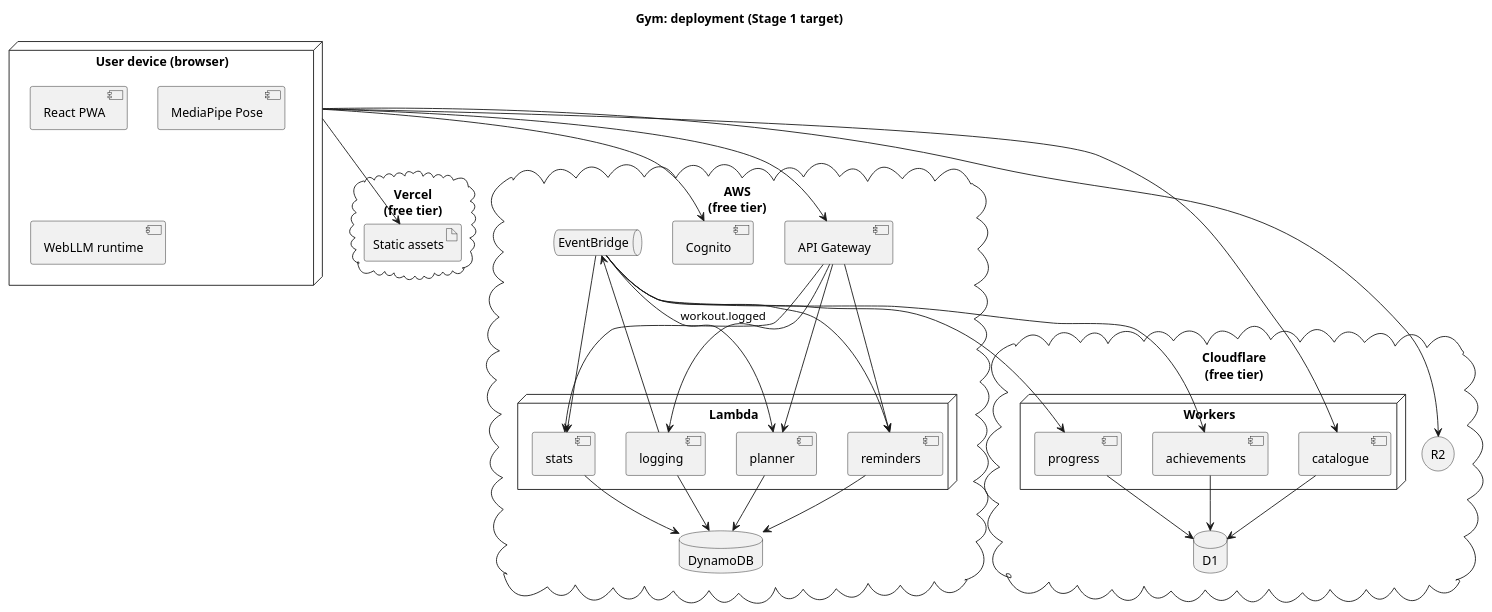
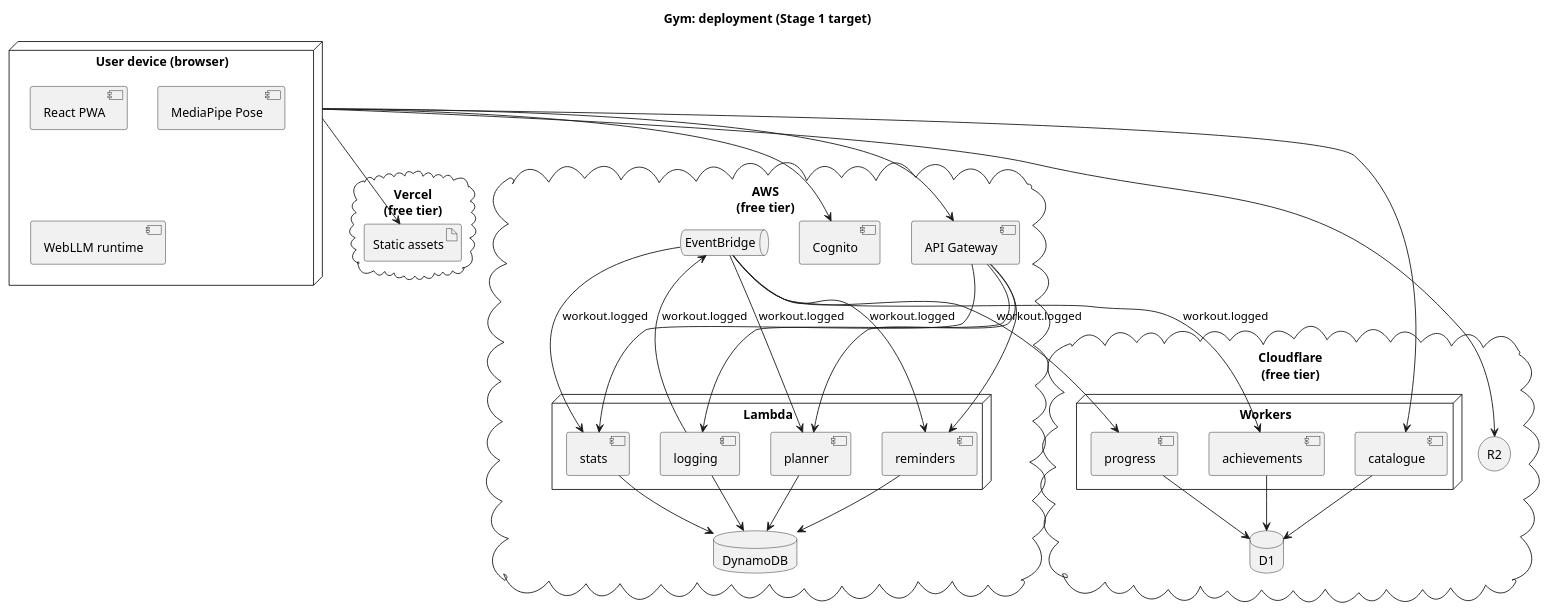
Before and after one commit to bobosiband/Gym: the diagram in docs/uml/system/deployment.puml, drawn with PlantUML. The commit also changed 1 other file, not shown here.

Commit message:
fix: align deployment diagram and catalogue readme with reality
docs/uml/system/deployment.puml: label every EventBridge fan-out arrow with the event name (workout.logged), so planner is drawn consistently with the other four consumers instead of being the only labelled one.

services/catalogue/README.md: the service orders results by name ascending (ORDER BY name ASC in D1ExerciseRepository.listExercises). The README claimed newest first. Match the README to the code.

```diff
--- a/docs/uml/system/deployment.puml
+++ b/docs/uml/system/deployment.puml
@@ -1,65 +1,65 @@
 @startuml system-deployment
 title Gym: deployment (Stage 1 target)
 
 skinparam shadowing false
 
 node "User device (browser)" as Device {
   component "React PWA" as PWA
   component "MediaPipe Pose" as Pose
   component "WebLLM runtime" as WebLLM
 }
 
 cloud "Vercel\n(free tier)" {
   artifact "Static assets" as Static
 }
 
 cloud "AWS\n(free tier)" {
   component "Cognito" as Cognito
   component "API Gateway" as APIGW
   node "Lambda" {
     component "logging" as LLog
     component "stats" as LStats
     component "planner" as LPlan
     component "reminders" as LRem
   }
   database "DynamoDB" as Dynamo
   queue "EventBridge" as EB
 }
 
 cloud "Cloudflare\n(free tier)" {
   node "Workers" {
     component "catalogue" as WCat
     component "progress" as WProg
     component "achievements" as WAch
   }
   database "D1" as D1
   storage "R2" as R2
 }
 
 Device --> Static
 Device --> Cognito
 Device --> APIGW
 Device --> WCat
 Device --> R2
 
 APIGW --> LLog
 APIGW --> LStats
 APIGW --> LPlan
 APIGW --> LRem
 
 LLog --> Dynamo
 LStats --> Dynamo
 LPlan --> Dynamo
 LRem --> Dynamo
 WCat --> D1
 WProg --> D1
 WAch --> D1
 
-LLog --> EB
-EB --> LStats
+LLog --> EB : workout.logged
+EB --> LStats : workout.logged
 EB --> LPlan : workout.logged
-EB --> LRem
-EB --> WProg
-EB --> WAch
+EB --> LRem : workout.logged
+EB --> WProg : workout.logged
+EB --> WAch : workout.logged
 
 @enduml
```
